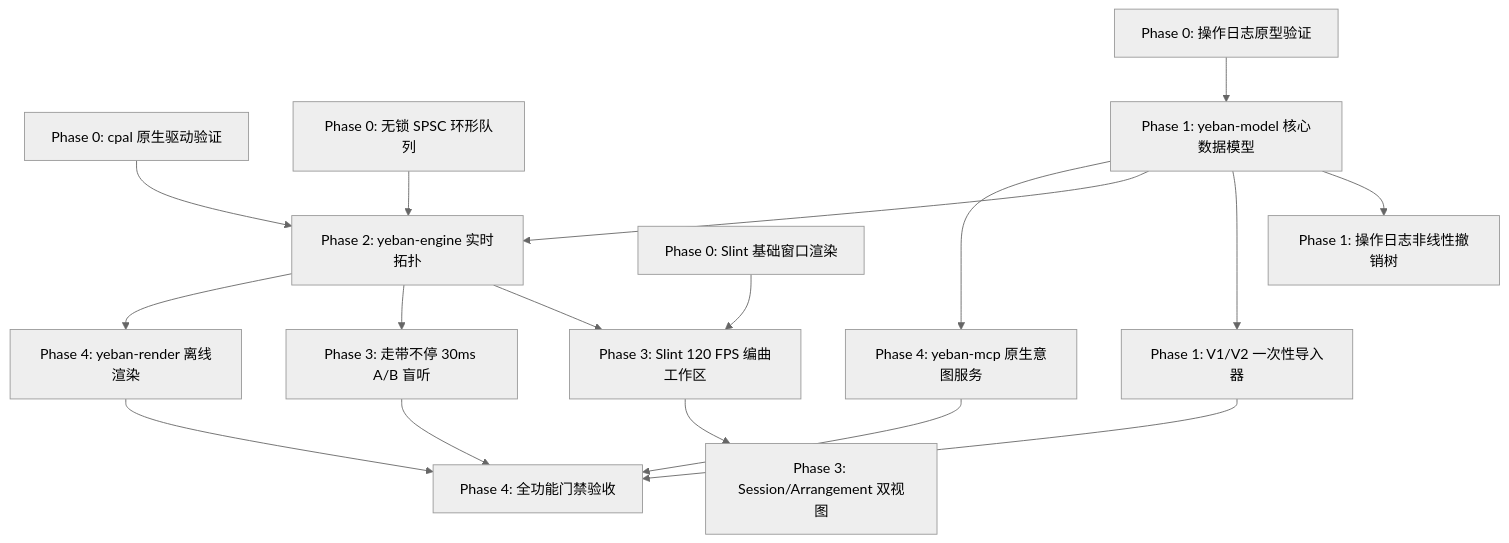
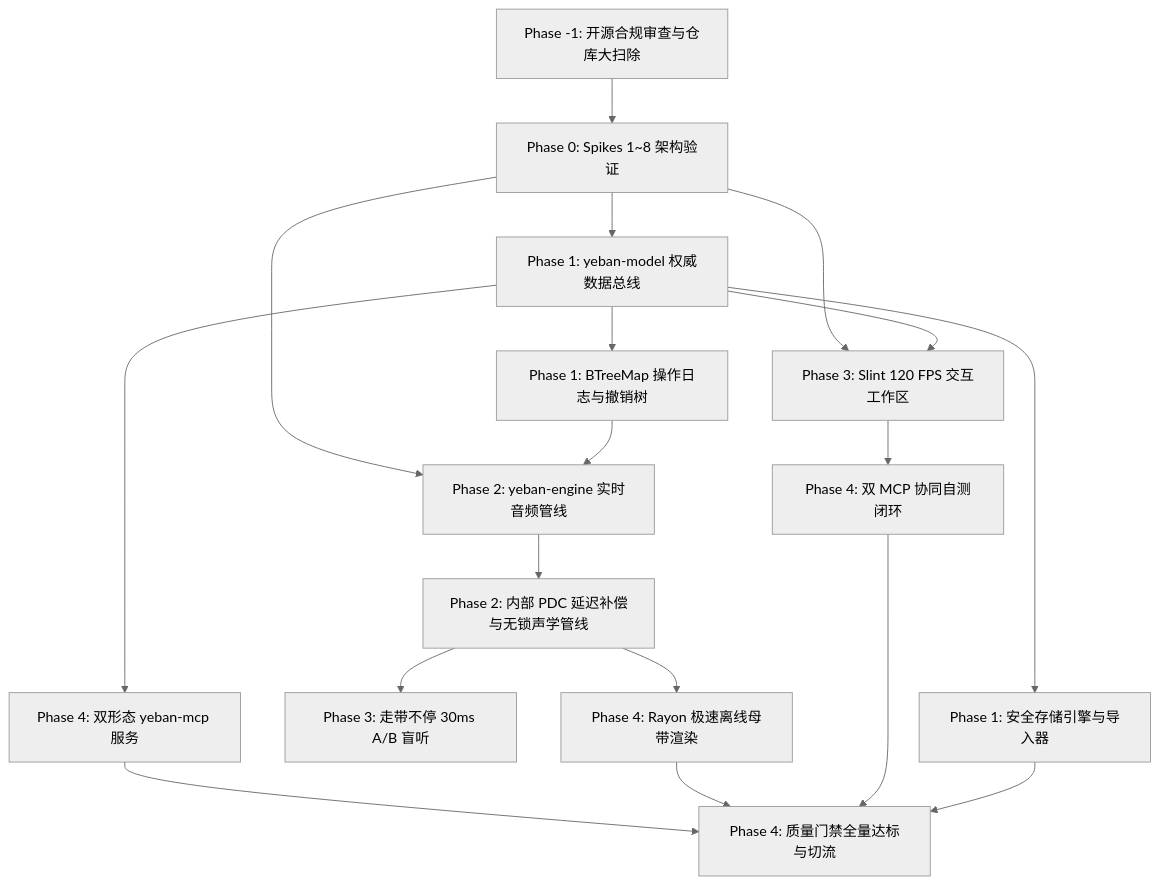
Before and after one commit to gradetwo/yeban: the diagram in GROOVE_V3_ENGINEERING_IMPLEMENTATION_ROADMAP.md, drawn with Mermaid (neutral theme). The commit also changed other lines of this file and 3 other files, not shown here.

````diff
--- a/GROOVE_V3_ENGINEERING_IMPLEMENTATION_ROADMAP.md
+++ b/GROOVE_V3_ENGINEERING_IMPLEMENTATION_ROADMAP.md
@@ -179,22 +228,26 @@
 ```mermaid
 flowchart TD
-    P0_1[Phase 0: cpal 原生驱动验证] --> P2_Engine[Phase 2: yeban-engine 实时拓扑]
-    P0_2[Phase 0: 无锁 SPSC 环形队列] --> P2_Engine
-    P0_3[Phase 0: Slint 基础窗口渲染] --> P3_Slint[Phase 3: Slint 120 FPS 编曲工作区]
-    P0_4[Phase 0: 操作日志原型验证] --> P1_Model[Phase 1: yeban-model 核心数据模型]
+    P_Minus1[Phase -1: 开源合规审查与仓库大扫除] --> P0_All[Phase 0: Spikes 1~8 架构验证]
+    
+    P0_All --> P1_Model[Phase 1: yeban-model 权威数据总线]
+    P0_All --> P2_Engine[Phase 2: yeban-engine 实时音频管线]
+    P0_All --> P3_Slint[Phase 3: Slint 120 FPS 交互工作区]
 
-    P1_Model --> P1_Undo[Phase 1: 操作日志非线性撤销树]
-    P1_Model --> P1_Migrate[Phase 1: V1/V2 一次性导入器]
-    P1_Model --> P2_Engine
-    P1_Model --> P4_MCP[Phase 4: yeban-mcp 原生意图服务]
+    P1_Model --> P1_Undo[Phase 1: BTreeMap 操作日志与撤销树]
+    P1_Model --> P1_Storage[Phase 1: 安全存储引擎与导入器]
+    
+    P1_Undo --> P2_Engine
+    P2_Engine --> P2_PDC[Phase 2: 内部 PDC 延迟补偿与无锁声学管线]
+    
+    P1_Model --> P3_Slint
+    P2_PDC --> P3_Audition[Phase 3: 走带不停 30ms A/B 盲听]
+    
+    P1_Model --> P4_MCP[Phase 4: 双形态 yeban-mcp 服务]
+    P2_PDC --> P4_Render[Phase 4: Rayon 极速离线母带渲染]
+    P3_Slint --> P4_DualMCP[Phase 4: 双 MCP 协同自测闭环]
 
-    P2_Engine --> P3_Slint
-    P2_Engine --> P3_Audition[Phase 3: 走带不停 30ms A/B 盲听]
-    P2_Engine --> P4_Render[Phase 4: yeban-render 离线渲染]
-
-    P3_Slint --> P3_Views[Phase 3: Session/Arrangement 双视图]
-    P3_Audition --> P4_Gate[Phase 4: 全功能门禁验收]
-    P4_MCP --> P4_Gate
+    P4_MCP --> P4_Gate[Phase 4: 质量门禁全量达标与切流]
     P4_Render --> P4_Gate
-    P1_Migrate --> P4_Gate
+    P4_DualMCP --> P4_Gate
+    P1_Storage --> P4_Gate
 ```
````
